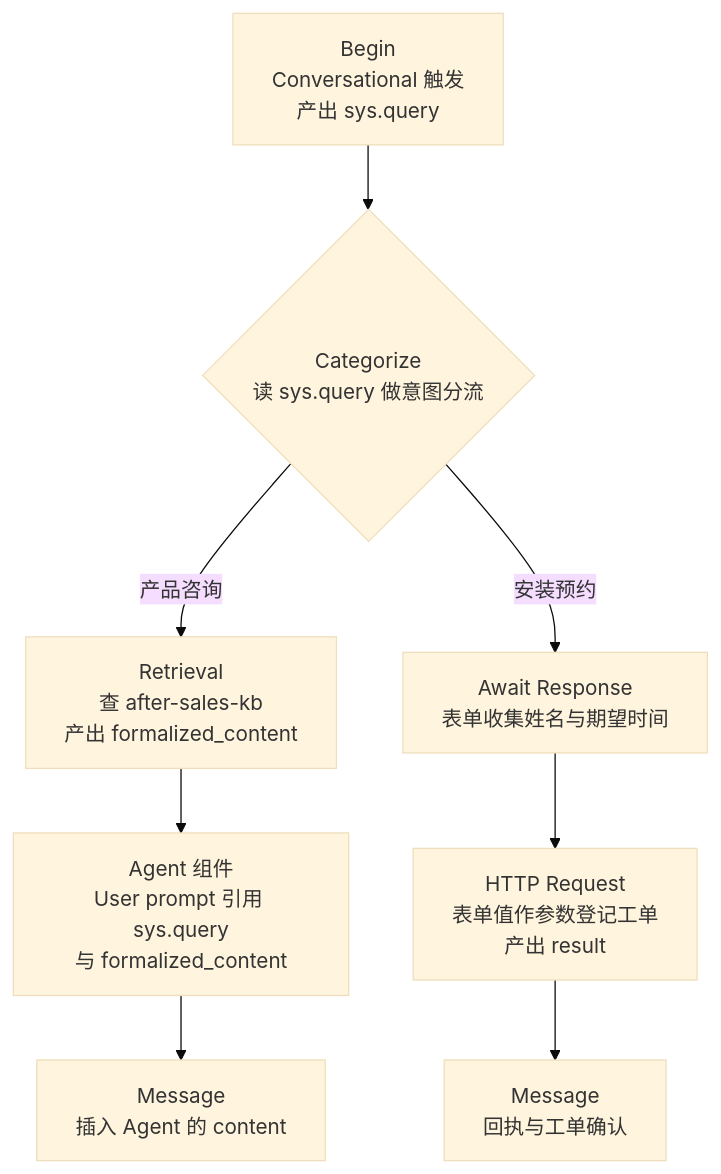
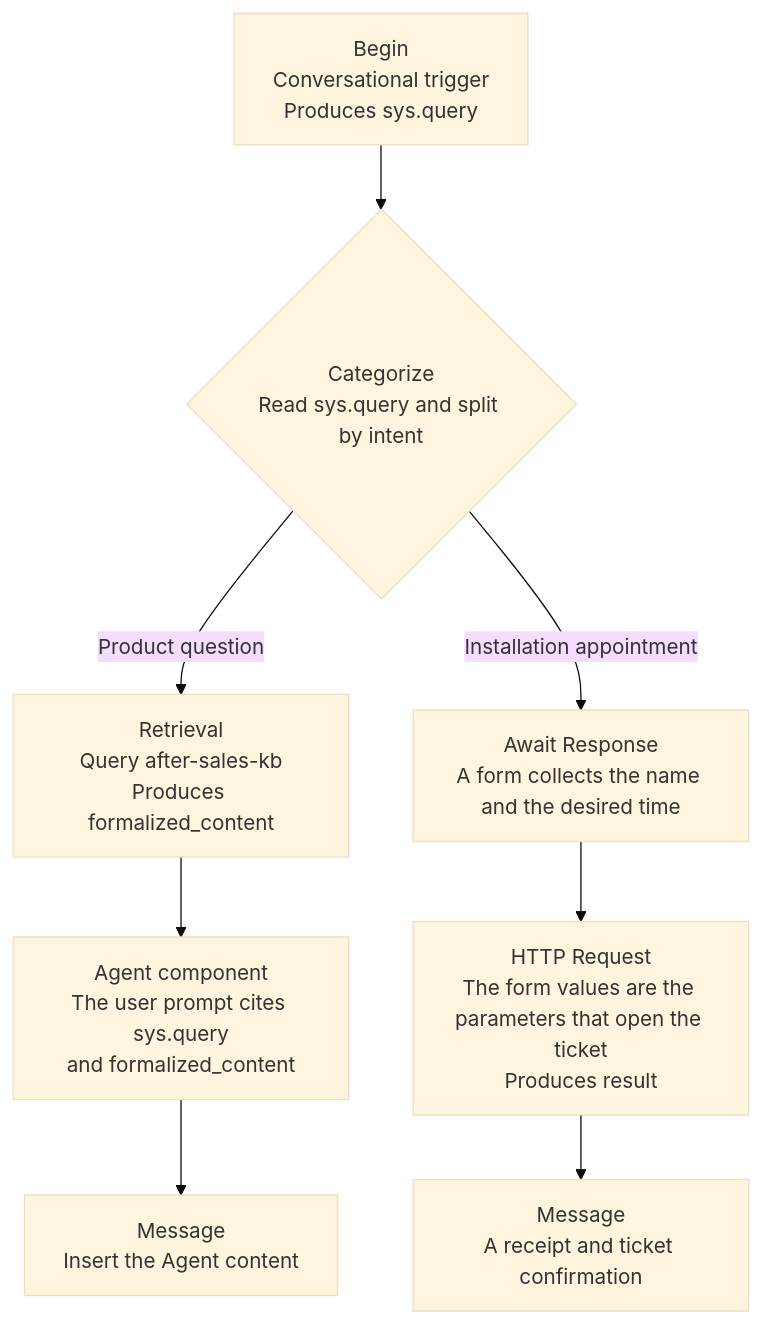
Before and after one commit to ybak/ai-tutorial: the second of 2 diagrams in books/ragflow/en/chapters/10-agent-workflow.md, drawn with Mermaid (base theme). The commit also changed other lines of this file and 16 other files, not shown here.

First line of the commit message:
docs(ragflow): 按审阅改英文图、注释和正文

````diff
--- a/books/ragflow/en/chapters/10-agent-workflow.md
+++ b/books/ragflow/en/chapters/10-agent-workflow.md
@@ -317,10 +317,10 @@
 ```mermaid
 flowchart TD
-    B["Begin<br/>Conversational 触发<br/>产出 sys.query"] --> C{"Categorize<br/>读 sys.query 做意图分流"}
-    C -- 产品咨询 --> R["Retrieval<br/>查 after-sales-kb<br/>产出 formalized_content"]
-    R --> A["Agent 组件<br/>User prompt 引用 sys.query<br/>与 formalized_content"]
-    A --> M1["Message<br/>插入 Agent 的 content"]
-    C -- 安装预约 --> W["Await Response<br/>表单收集姓名与期望时间"]
-    W --> H["HTTP Request<br/>表单值作参数登记工单<br/>产出 result"]
-    H --> M2["Message<br/>回执与工单确认"]
+    B["Begin<br/>Conversational trigger<br/>Produces sys.query"] --> C{"Categorize<br/>Read sys.query and split by intent"}
+    C -- Product question --> R["Retrieval<br/>Query after-sales-kb<br/>Produces formalized_content"]
+    R --> A["Agent component<br/>The user prompt cites sys.query<br/>and formalized_content"]
+    A --> M1["Message<br/>Insert the Agent content"]
+    C -- Installation appointment --> W["Await Response<br/>A form collects the name and the desired time"]
+    W --> H["HTTP Request<br/>The form values are the parameters that open the ticket<br/>Produces result"]
+    H --> M2["Message<br/>A receipt and ticket confirmation"]
 ```
````
